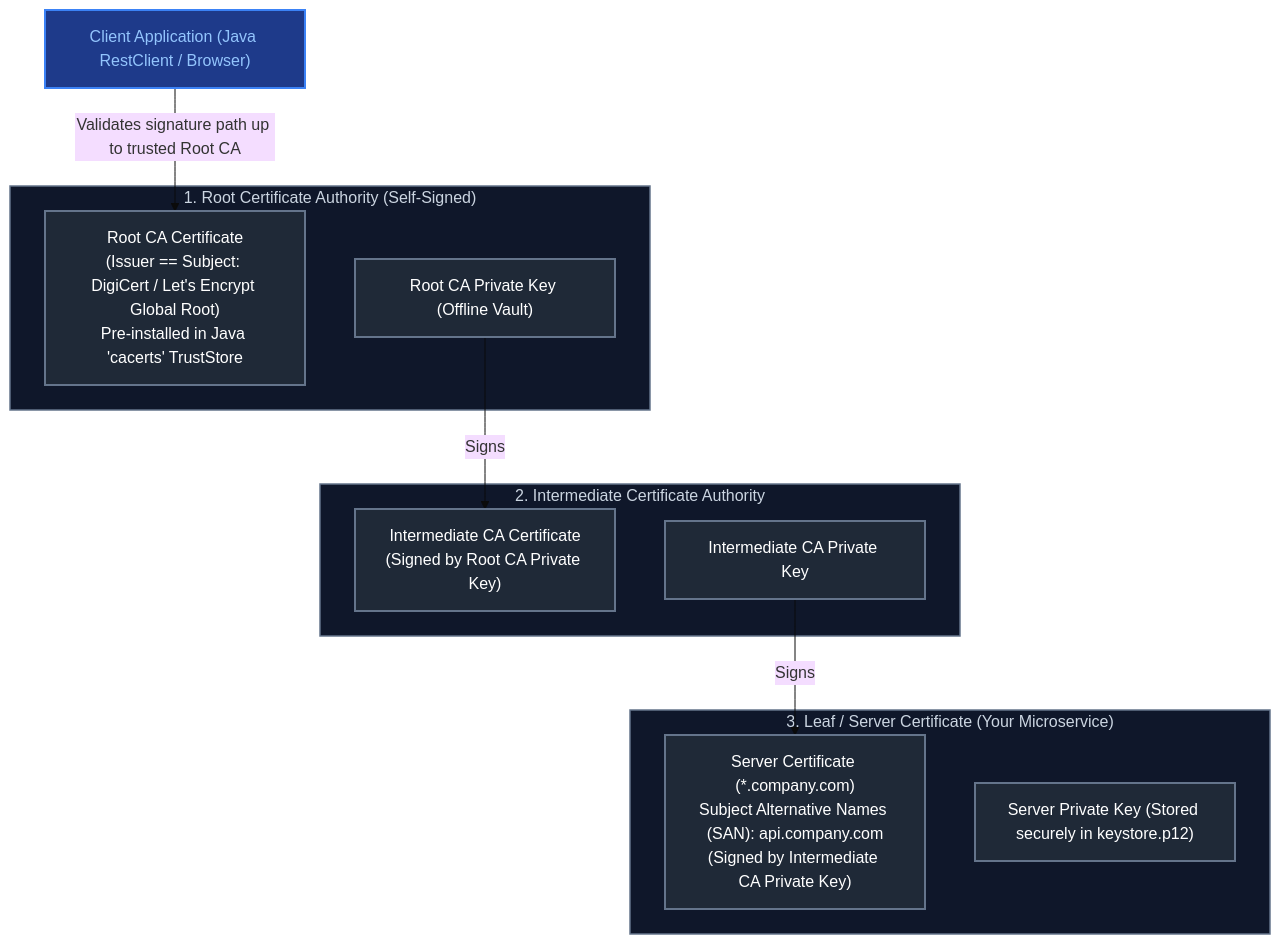
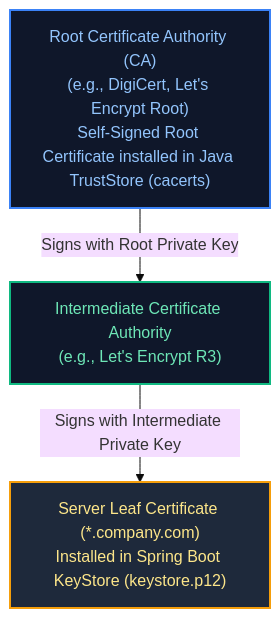
Before and after one commit to joydeep-biswas/Interview-Preparation: diagram 11 of 13 in Java Backend Engineering/11_security_identity_certificate_management.md, drawn with Mermaid (base theme). The commit also changed other lines of this file and 143 other files, not shown here.

````diff
--- a/Java Backend Engineering/11_security_identity_certificate_management.md
+++ b/Java Backend Engineering/11_security_identity_certificate_management.md
@@ -289,34 +1247,10 @@
 ```mermaid
 flowchart TD
-    subgraph RootCA["1. Root Certificate Authority (Self-Signed)"]
-        RootCert["Root CA Certificate<br/>(Issuer == Subject: DigiCert / Let's Encrypt Global Root)<br/>Pre-installed in Java 'cacerts' TrustStore"]
-        RootKey["Root CA Private Key (Offline Vault)"]
-    end
+    RootCA["Root Certificate Authority (CA)<br/>(e.g., DigiCert, Let's Encrypt Root)<br/>Self-Signed Root Certificate installed in Java TrustStore (cacerts)"]
+    -->|"Signs with Root Private Key"| InterCA["Intermediate Certificate Authority<br/>(e.g., Let's Encrypt R3)"]
+    InterCA -->|"Signs with Intermediate Private Key"| LeafCert["Server Leaf Certificate (*.company.com)<br/>Installed in Spring Boot KeyStore (keystore.p12)"]
 
-    subgraph IntermediateCA["2. Intermediate Certificate Authority"]
-        InterCert["Intermediate CA Certificate<br/>(Signed by Root CA Private Key)"]
-        InterKey["Intermediate CA Private Key"]
-    end
-
-    subgraph LeafServerCert["3. Leaf / Server Certificate (Your Microservice)"]
-        ServerCert["Server Certificate (*.company.com)<br/>Subject Alternative Names (SAN): api.company.com<br/>(Signed by Intermediate CA Private Key)"]
-        ServerKey["Server Private Key (Stored securely in keystore.p12)"]
-    end
-
-    RootKey -->|Signs| InterCert
-    InterKey -->|Signs| ServerCert
-    
-    ClientVerifier["Client Application (Java RestClient / Browser)"] -->|Validates signature path up to trusted Root CA| RootCert
-
-    style RootCA fill:#0f172a,stroke:#64748b,stroke-width:1.5px,color:#cbd5e1
-    style IntermediateCA fill:#0f172a,stroke:#64748b,stroke-width:1.5px,color:#cbd5e1
-    style LeafServerCert fill:#0f172a,stroke:#64748b,stroke-width:1.5px,color:#cbd5e1
-
-    style RootCert fill:#1f2937,stroke:#64748b,stroke-width:2px,color:#fff
-    style RootKey fill:#1f2937,stroke:#64748b,stroke-width:2px,color:#fff
-    style InterCert fill:#1f2937,stroke:#64748b,stroke-width:2px,color:#fff
-    style InterKey fill:#1f2937,stroke:#64748b,stroke-width:2px,color:#fff
-    style ServerCert fill:#1f2937,stroke:#64748b,stroke-width:2px,color:#fff
-    style ServerKey fill:#1f2937,stroke:#64748b,stroke-width:2px,color:#fff
-    style ClientVerifier fill:#1e3a8a,stroke:#3b82f6,stroke-width:2px,color:#93c5fd
+    style RootCA fill:#0f172a,stroke:#3b82f6,stroke-width:2px,color:#93c5fd
+    style InterCA fill:#0f172a,stroke:#10b981,stroke-width:2px,color:#6ee7b7
+    style LeafCert fill:#1e293b,stroke:#f59e0b,stroke-width:2px,color:#fde68a
 ```
````
